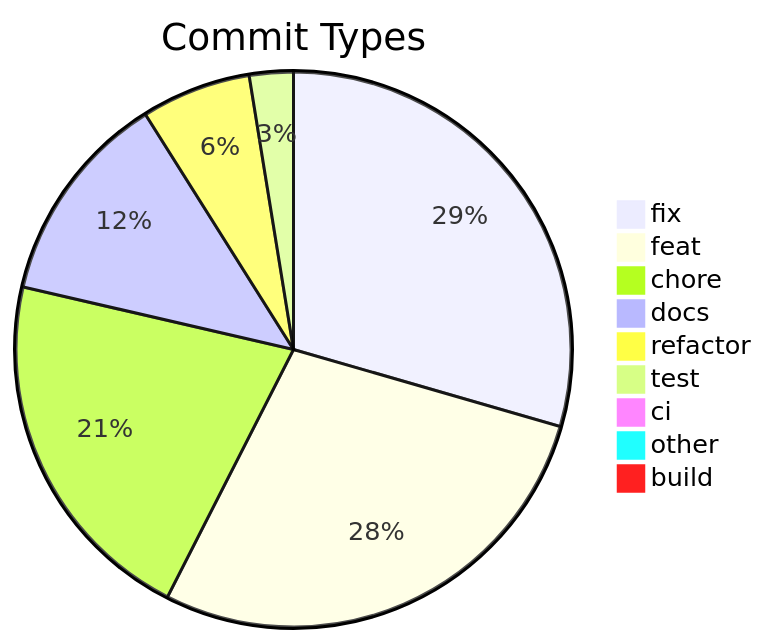
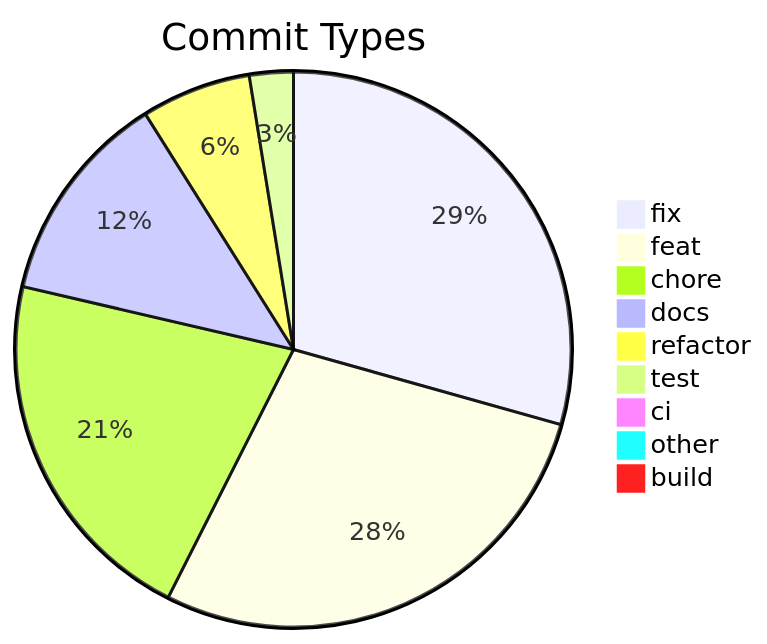
Before and after one commit to svenroth-ai/shipwright: the diagram in .shipwright/compliance/change-history.md, drawn with Mermaid. The commit also changed other lines of this file and 48 other files, not shown here.

````diff
--- a/.shipwright/compliance/change-history.md
+++ b/.shipwright/compliance/change-history.md
@@ -8,12 +8,12 @@
 ```mermaid
 pie title Commit Types
-    "fix" : 346
-    "feat" : 329
-    "chore" : 248
+    "fix" : 345
+    "feat" : 330
+    "chore" : 249
     "docs" : 146
     "refactor" : 75
     "test" : 30
     "ci" : 11
     "other" : 9
     "build" : 1
 ```
````
